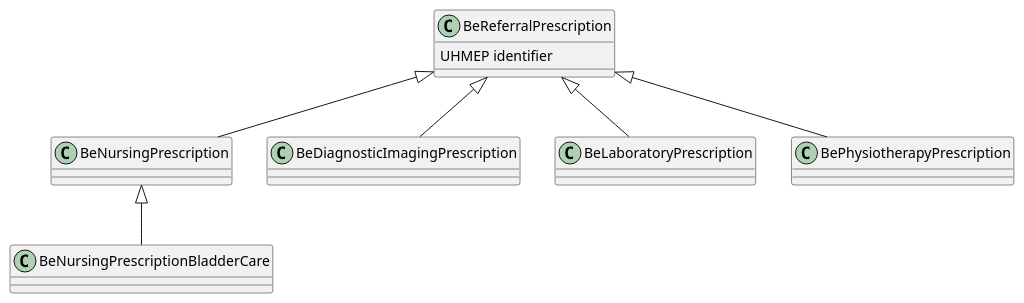
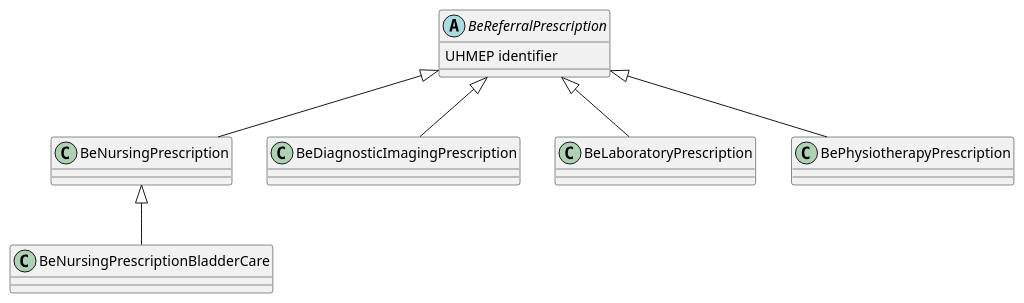
Before and after one commit to hl7-be/referral: the diagram in input/images-source/test.plantuml, drawn with PlantUML. The commit also changed 9 other files, not shown here.

```diff
--- a/input/images-source/test.plantuml
+++ b/input/images-source/test.plantuml
@@ -1,13 +1,15 @@
 @startuml
 BeReferralPrescription <|-- BeNursingPrescription
 BeReferralPrescription <|-- BeDiagnosticImagingPrescription	
 BeReferralPrescription <|-- BeLaboratoryPrescription
 BeReferralPrescription <|-- BePhysiotherapyPrescription
 
 BeNursingPrescription <|-- BeNursingPrescriptionBladderCare
 
+abstract class BeReferralPrescription
+
 BeReferralPrescription : UHMEP identifier
 
 
 
 @enduml
```
